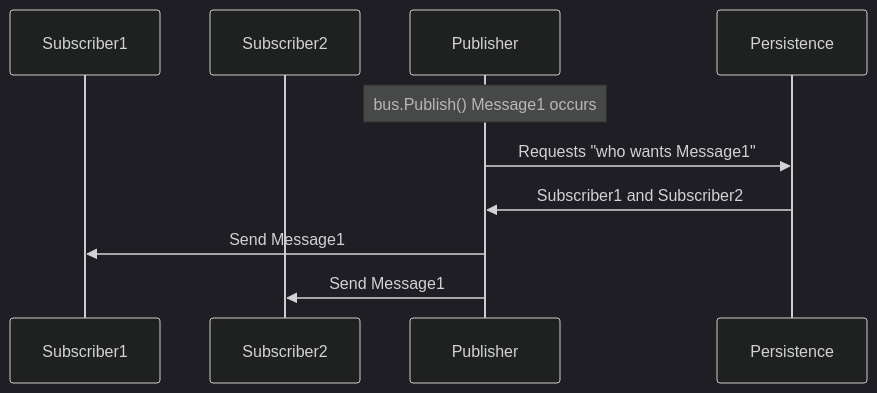
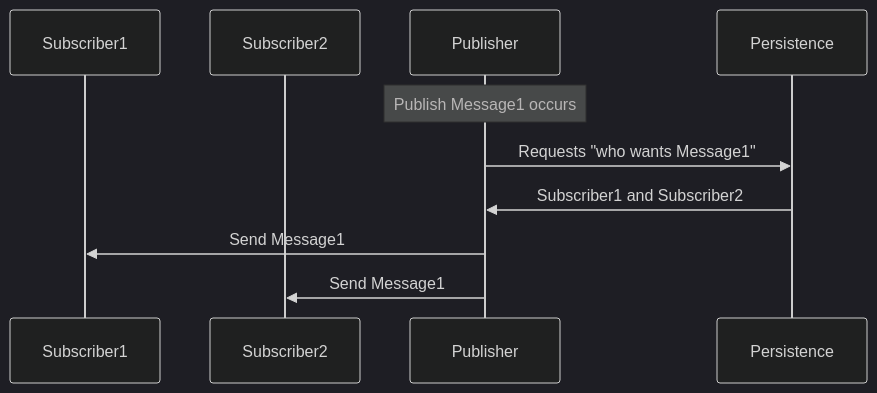
The second of 4 diagrams in nservicebus/messaging/publish-subscribe/index.md (Particular/docs.particular.net), drawn with Mermaid (dark theme) before and after one commit. The commit also changed other lines of this file and 1 other file, not shown here.

Commit message:
remove "bus"

````diff
--- a/nservicebus/messaging/publish-subscribe/index.md
+++ b/nservicebus/messaging/publish-subscribe/index.md
@@ -85,11 +85,11 @@
 ```mermaid
 sequenceDiagram
 
 Participant Subscriber1 As Subscriber1
 Participant Subscriber2 As Subscriber2
-Note over Publisher: bus.Publish() Message1 occurs
+Note over Publisher: Publish Message1 occurs
 Publisher ->> Persistence: Requests "who wants Message1"
 Persistence ->> Publisher: Subscriber1 and Subscriber2
 Publisher ->> Subscriber1: Send Message1
 Publisher ->> Subscriber2: Send Message1
 ```
````
